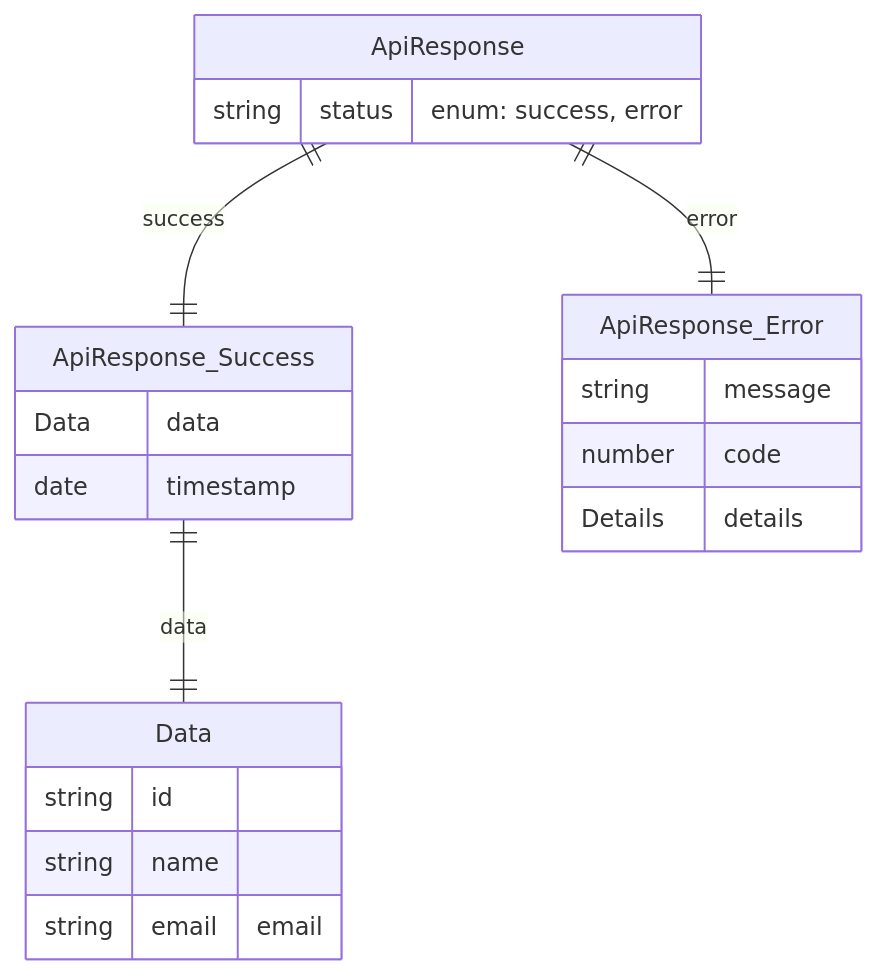
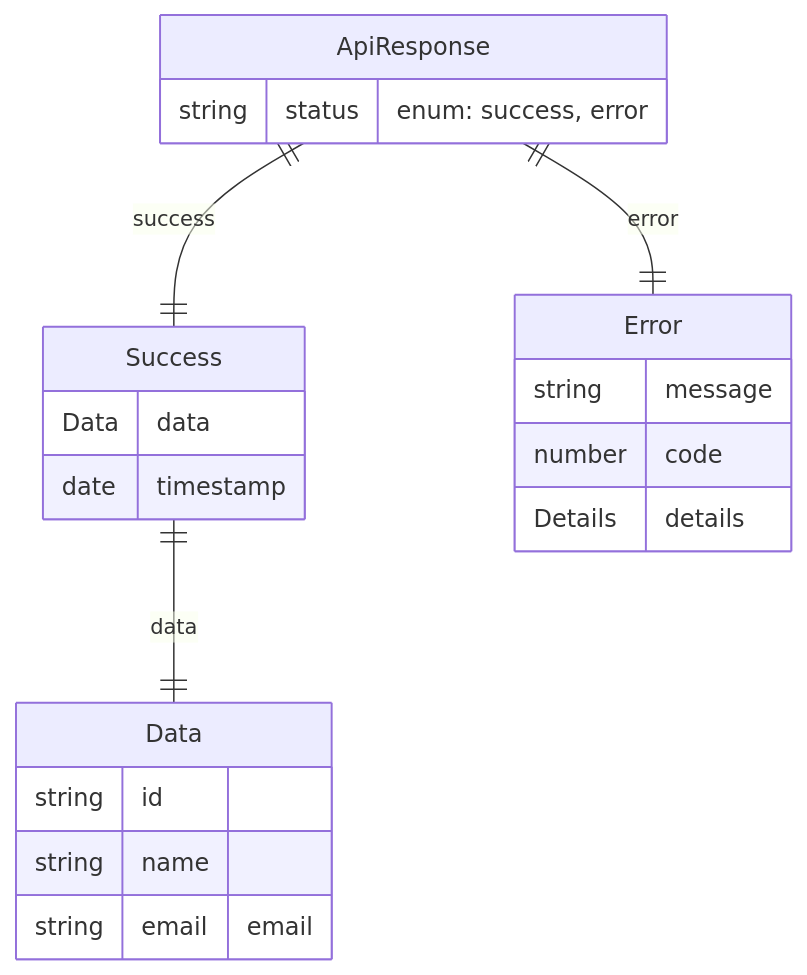
One commit to kothar/zod-mermaid changed the eighth of 19 diagrams in examples/mermaid-examples.md. Above: the diagram before and after it, drawn with Mermaid. The commit also changed other lines of this file and 13 other files, not shown here.

First line of the commit message:
Enhance entity naming in Mermaid diagrams for discriminated unions (#3)

````diff
--- a/examples/mermaid-examples.md
+++ b/examples/mermaid-examples.md
@@ -159,23 +247,23 @@
 ```mermaid
 erDiagram
     ApiResponse {
         string status "enum: success, error"
     }
-    ApiResponse_Success {
+    Success {
         Data data
         date timestamp
     }
     Data {
         string id
         string name
         string email "email"
     }
-    ApiResponse_Error {
+    Error {
         string message
         number code
         Details details
     }
-    ApiResponse_Success ||--|| Data : "data"
-    ApiResponse ||--|| ApiResponse_Success : "success"
-    ApiResponse ||--|| ApiResponse_Error : "error"
+    Success ||--|| Data : "data"
+    ApiResponse ||--|| Success : "success"
+    ApiResponse ||--|| Error : "error"
 ```
````
